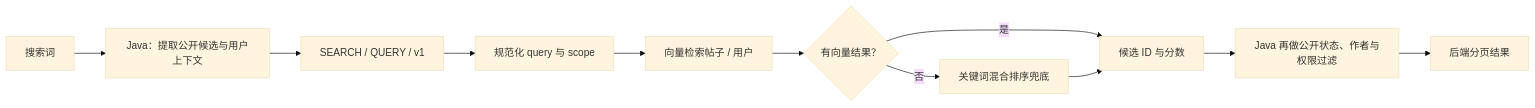
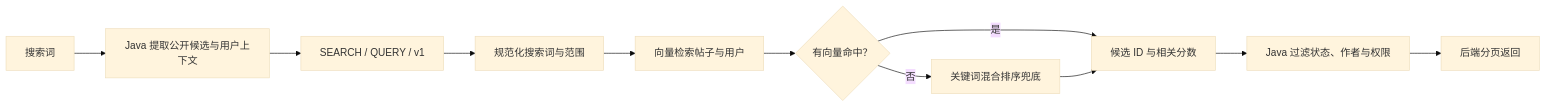
Before and after one commit to pluchon/mengmeng_forum: diagram 15 of 19 in README.md, drawn with Mermaid (base theme). The commit also changed other lines of this file, not shown here.

````diff
--- a/README.md
+++ b/README.md
@@ -342,13 +365,13 @@
 ```mermaid
 flowchart LR
-  Q["搜索词"] --> J["Java：提取公开候选与用户上下文"]
+  Q["搜索词"] --> J["Java 提取公开候选与用户上下文"]
   J --> G["SEARCH / QUERY / v1"]
-  G --> CLEAN["规范化 query 与 scope"]
-  CLEAN --> VECTOR["向量检索帖子 / 用户"]
-  VECTOR --> HIT{"有向量结果？"}
-  HIT -->|是| SCORE["候选 ID 与分数"]
+  G --> CLEAN["规范化搜索词与范围"]
+  CLEAN --> VECTOR["向量检索帖子与用户"]
+  VECTOR --> HIT{"有向量命中？"}
+  HIT -->|是| SCORE["候选 ID 与相关分数"]
   HIT -->|否| KEYWORD["关键词混合排序兜底"]
   KEYWORD --> SCORE
-  SCORE --> J2["Java 再做公开状态、作者与权限过滤"]
-  J2 --> PAGE["后端分页结果"]
+  SCORE --> J2["Java 过滤状态、作者与权限"]
+  J2 --> PAGE["后端分页返回"]
 ```
````
